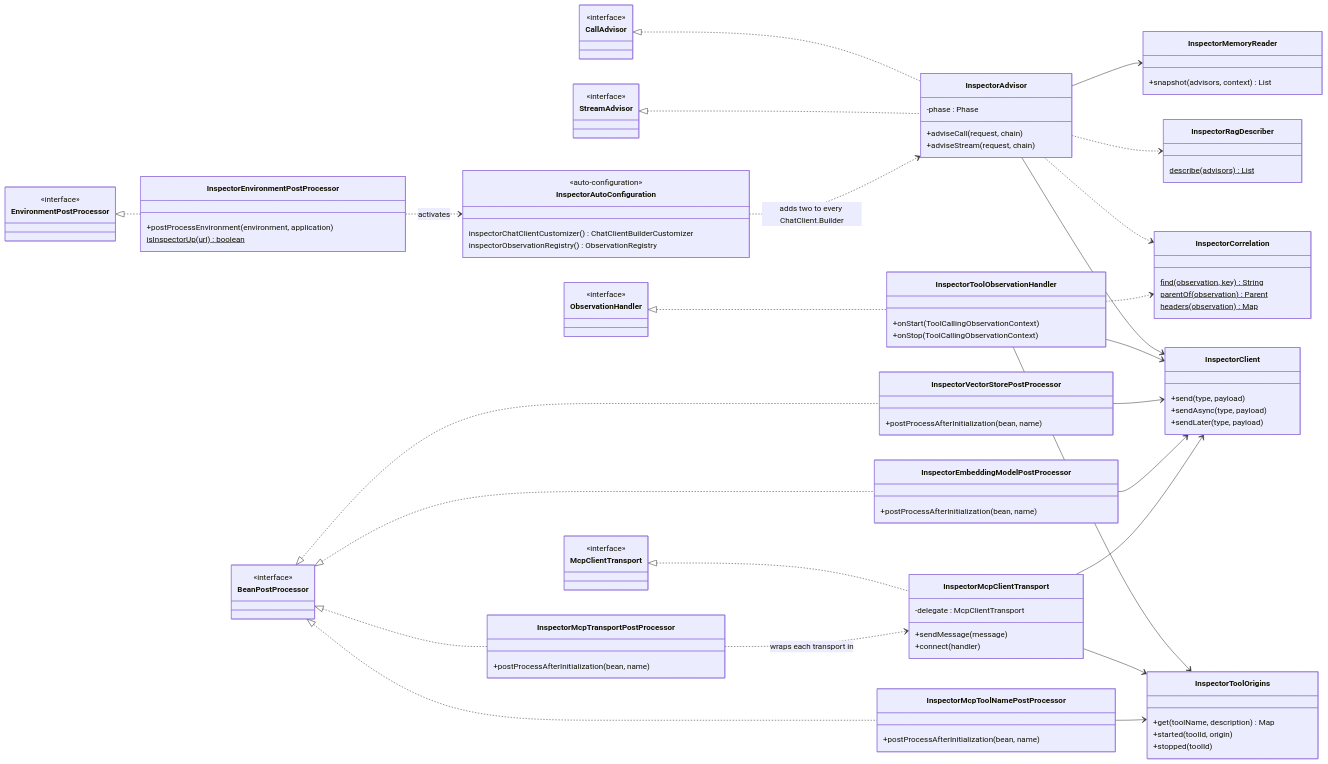
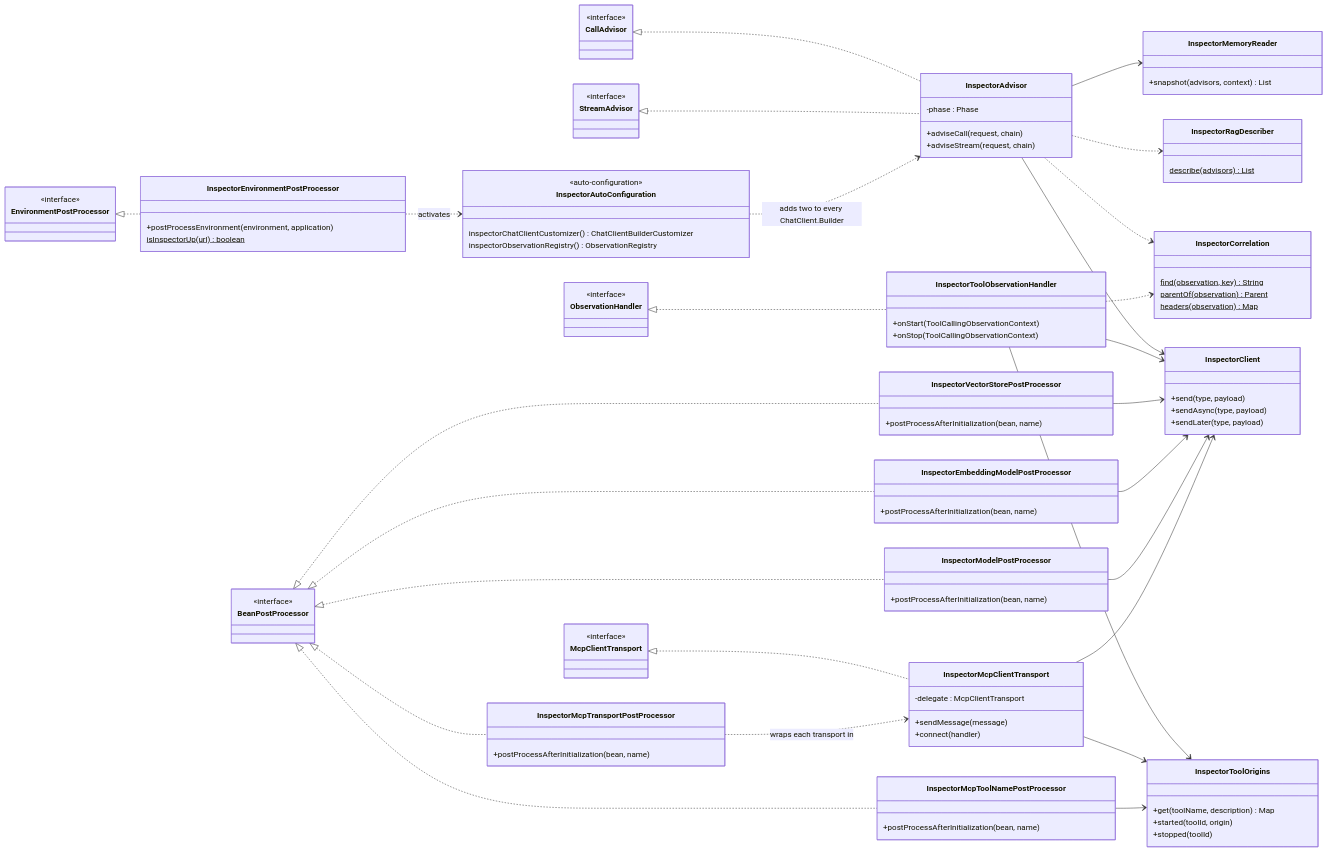
One commit to tzolov/voxxeddays2026-demo changed the first of 4 diagrams in spring-ai-inspector/spring-ai-inspector-starter/README.md. Above: the diagram before and after it, drawn with Mermaid. The commit also changed other lines of this file and 15 other files, not shown here.

First line of the commit message:
Inspector: report image, speech, transcription and moderation model beans

````diff
--- a/spring-ai-inspector/spring-ai-inspector-starter/README.md
+++ b/spring-ai-inspector/spring-ai-inspector-starter/README.md
@@ -82,6 +83,9 @@
     class InspectorEmbeddingModelPostProcessor {
         +postProcessAfterInitialization(bean, name)
     }
+    class InspectorModelPostProcessor {
+        +postProcessAfterInitialization(bean, name)
+    }
     class InspectorMcpTransportPostProcessor {
         +postProcessAfterInitialization(bean, name)
     }
@@ -116,6 +120,7 @@
     ObservationHandler <|.. InspectorToolObservationHandler
     BeanPostProcessor <|.. InspectorVectorStorePostProcessor
     BeanPostProcessor <|.. InspectorEmbeddingModelPostProcessor
+    BeanPostProcessor <|.. InspectorModelPostProcessor
     BeanPostProcessor <|.. InspectorMcpTransportPostProcessor
     BeanPostProcessor <|.. InspectorMcpToolNamePostProcessor
     McpClientTransport <|.. InspectorMcpClientTransport
@@ -135,5 +140,6 @@
     InspectorToolObservationHandler --> InspectorClient
     InspectorVectorStorePostProcessor --> InspectorClient
     InspectorEmbeddingModelPostProcessor --> InspectorClient
+    InspectorModelPostProcessor --> InspectorClient
     InspectorMcpClientTransport --> InspectorClient
 ```
````
